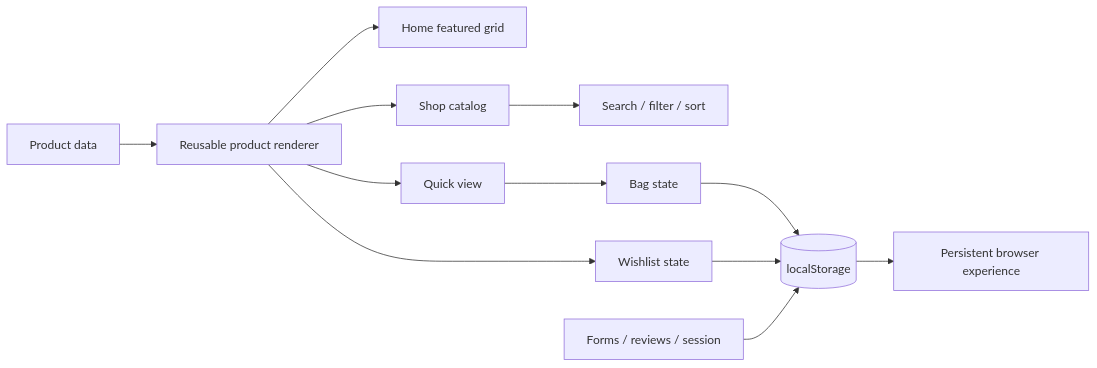
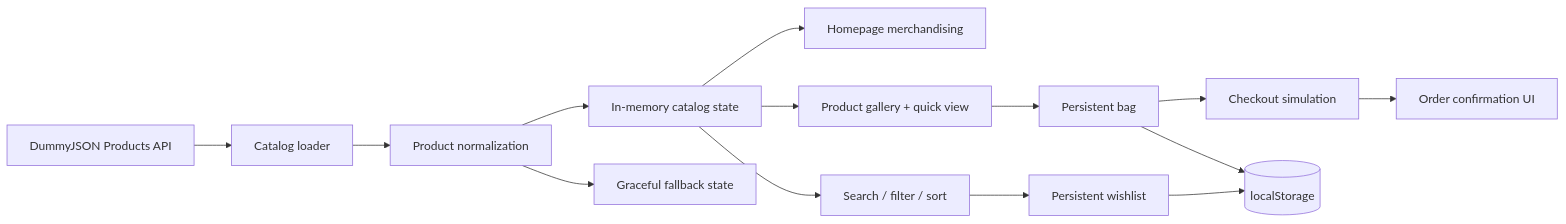
One commit to Rishikeshsanin/Search2get_initial changed the diagram in README.md. Above: the diagram before and after it, drawn with Mermaid. The commit also changed other lines of this file and 34 other files, not shown here.

First line of the commit message:
Search2Get V4: API-backed fashion storefront

````diff
--- a/README.md
+++ b/README.md
@@ -84,14 +98,16 @@
 ```mermaid
 flowchart LR
-  A[Product data] --> B[Reusable product renderer]
-  B --> C[Home featured grid]
-  B --> D[Shop catalog]
-  D --> E[Search / filter / sort]
-  B --> F[Quick view]
-  F --> G[Bag state]
-  B --> H[Wishlist state]
-  G --> I[(localStorage)]
-  H --> I
-  I --> J[Persistent browser experience]
-  K[Forms / reviews / session] --> I
+    API[DummyJSON Products API] --> LOAD[Catalog loader]
+    LOAD --> NORMALIZE[Product normalization]
+    NORMALIZE --> STATE[In-memory catalog state]
+    NORMALIZE --> FALLBACK[Graceful fallback state]
+    STATE --> HOME[Homepage merchandising]
+    STATE --> SHOP[Search / filter / sort]
+    STATE --> QUICK[Product gallery + quick view]
+    QUICK --> CART[Persistent bag]
+    SHOP --> WISH[Persistent wishlist]
+    CART --> CHECKOUT[Checkout simulation]
+    WISH --> LS[(localStorage)]
+    CART --> LS
+    CHECKOUT --> CONFIRM[Order confirmation UI]
 ```
````
